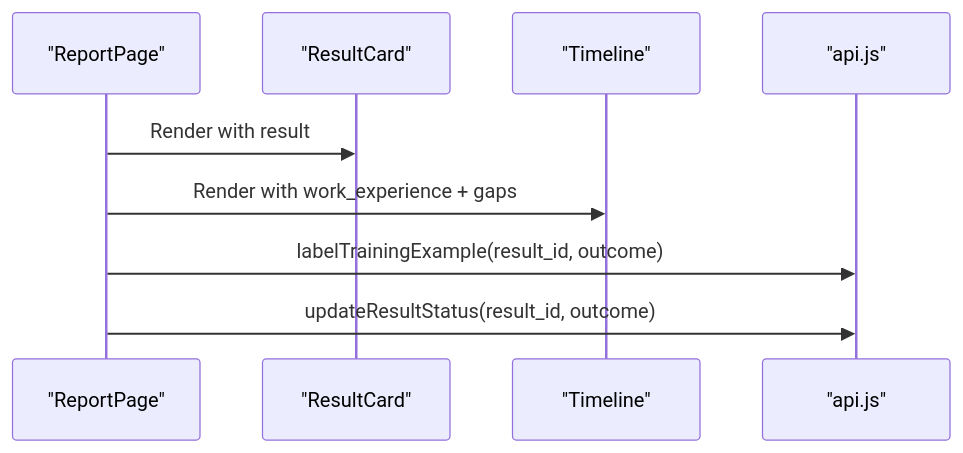
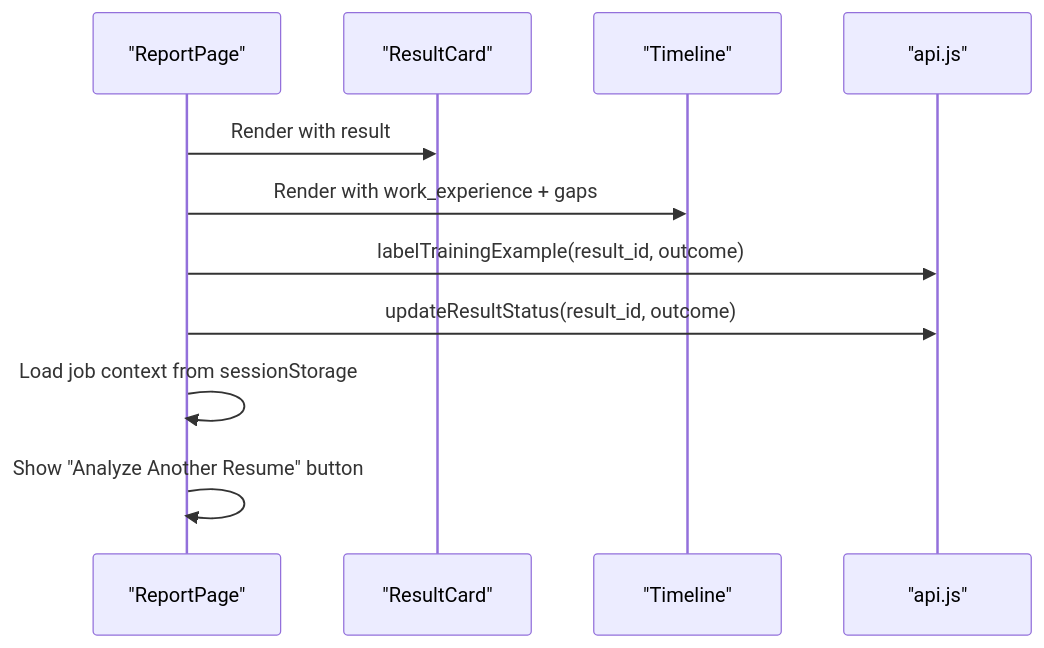
Diagram 20 of 26 in .qoder/repowiki/en/content/Frontend Architecture/Frontend Architecture.md (Revanththetalogics/aireume), drawn with Mermaid before and after one commit. The commit also changed other lines of this file and 15 other files, not shown here.

````diff
--- a/.qoder/repowiki/en/content/Frontend Architecture/Frontend Architecture.md
+++ b/.qoder/repowiki/en/content/Frontend Architecture/Frontend Architecture.md
@@ -814,11 +879,13 @@
 ```mermaid
 sequenceDiagram
 participant RP as "ReportPage"
 participant RC as "ResultCard"
 participant TL as "Timeline"
 participant API as "api.js"
 RP->>RC : Render with result
 RP->>TL : Render with work_experience + gaps
 RP->>API : labelTrainingExample(result_id, outcome)
 RP->>API : updateResultStatus(result_id, outcome)
+RP->>RP : Load job context from sessionStorage
+RP->>RP : Show "Analyze Another Resume" button
 ```
````
